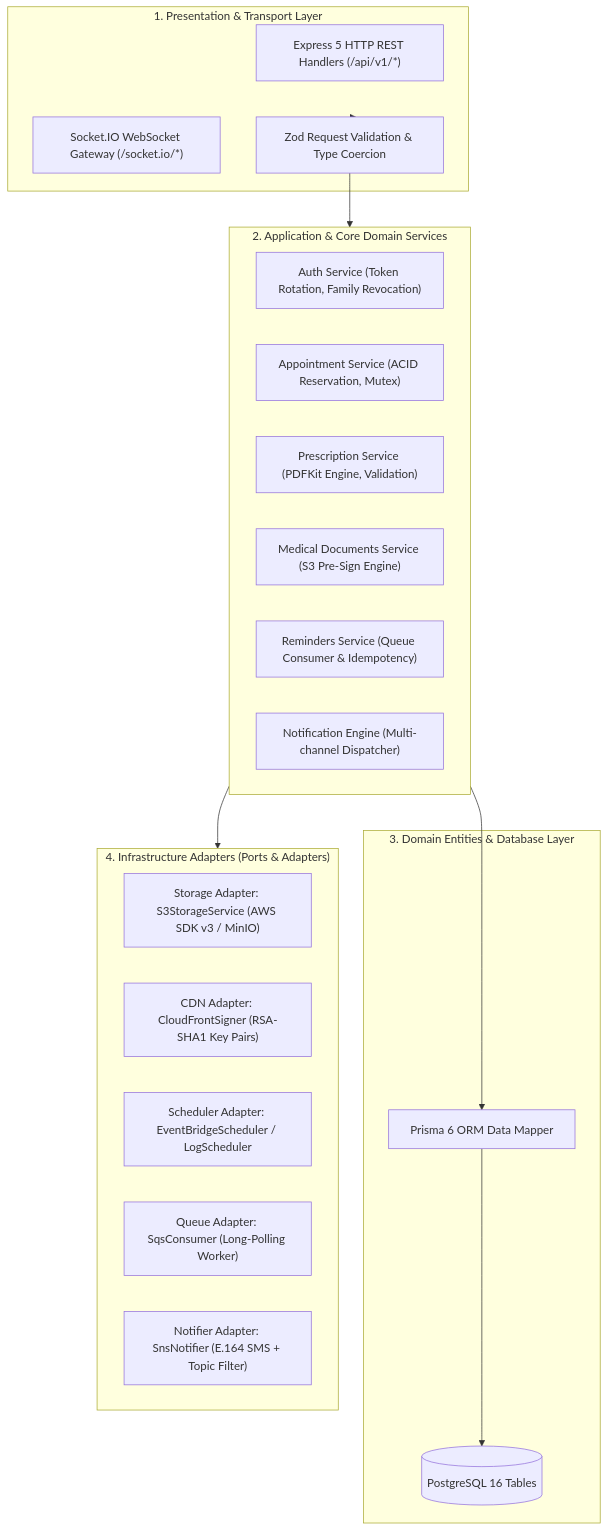
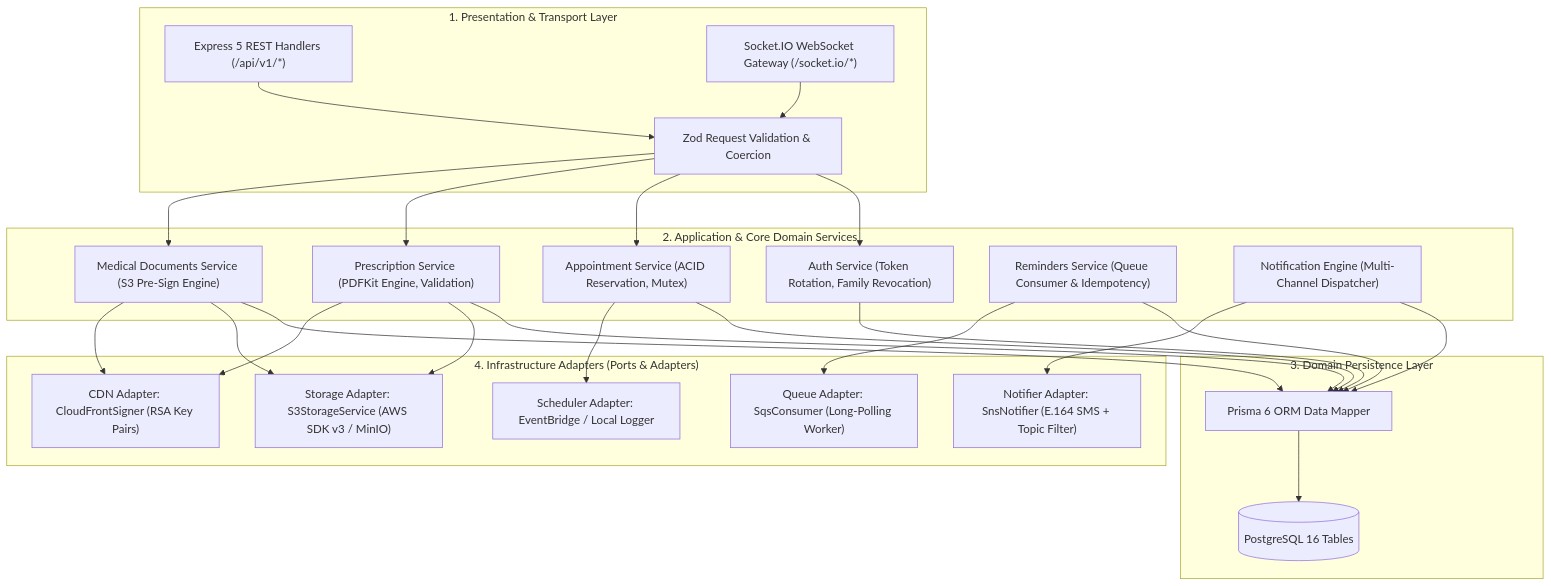
Before and after one commit to CloudProject-007/telemedicine: the second of 10 diagrams in README.md, drawn with Mermaid. The commit also changed other lines of this file, not shown here.

````diff
--- a/README.md
+++ b/README.md
@@ -139,35 +143,53 @@
 ```mermaid
 flowchart TD
     subgraph Presentation ["1. Presentation & Transport Layer"]
-        HTTP_ROUTES["Express 5 HTTP REST Handlers (/api/v1/*)"]
+        HTTP_ROUTES["Express 5 REST Handlers (/api/v1/*)"]
         WS_GATEWAY["Socket.IO WebSocket Gateway (/socket.io/*)"]
-        ZOD_SCHEMA["Zod Request Validation & Type Coercion"]
+        ZOD_VALIDATION["Zod Request Validation & Coercion"]
     end
 
     subgraph Domain_Services ["2. Application & Core Domain Services"]
         AUTH_SVC["Auth Service (Token Rotation, Family Revocation)"]
         APPT_SVC["Appointment Service (ACID Reservation, Mutex)"]
         PRES_SVC["Prescription Service (PDFKit Engine, Validation)"]
         DOC_SVC["Medical Documents Service (S3 Pre-Sign Engine)"]
         REM_SVC["Reminders Service (Queue Consumer & Idempotency)"]
-        NOTIF_SVC["Notification Engine (Multi-channel Dispatcher)"]
+        NOTIF_SVC["Notification Engine (Multi-Channel Dispatcher)"]
     end
 
-    subgraph Domain_Model ["3. Domain Entities & Database Layer"]
+    subgraph Domain_Model ["3. Domain Persistence Layer"]
         PRISMA_CLIENT["Prisma 6 ORM Data Mapper"]
         PG_MODELS[("PostgreSQL 16 Tables")]
     end
 
     subgraph Infra_Adapters ["4. Infrastructure Adapters (Ports & Adapters)"]
         S3_ADAPTER["Storage Adapter: S3StorageService (AWS SDK v3 / MinIO)"]
-        CDN_ADAPTER["CDN Adapter: CloudFrontSigner (RSA-SHA1 Key Pairs)"]
-        SCHED_ADAPTER["Scheduler Adapter: EventBridgeScheduler / LogScheduler"]
+        CDN_ADAPTER["CDN Adapter: CloudFrontSigner (RSA Key Pairs)"]
+        SCHED_ADAPTER["Scheduler Adapter: EventBridge / Local Logger"]
         QUEUE_ADAPTER["Queue Adapter: SqsConsumer (Long-Polling Worker)"]
         NOTIF_ADAPTER["Notifier Adapter: SnsNotifier (E.164 SMS + Topic Filter)"]
     end
 
-    %% Relationships
-    Presentation --> ZOD_SCHEMA --> Domain_Services
-    Domain_Services --> PRISMA_CLIENT --> PG_MODELS
-    Domain_Services --> Infra_Adapters
+    HTTP_ROUTES --> ZOD_VALIDATION
+    WS_GATEWAY --> ZOD_VALIDATION
+    ZOD_VALIDATION --> AUTH_SVC
+    ZOD_VALIDATION --> APPT_SVC
+    ZOD_VALIDATION --> PRES_SVC
+    ZOD_VALIDATION --> DOC_SVC
+
+    AUTH_SVC --> PRISMA_CLIENT
+    APPT_SVC --> PRISMA_CLIENT
+    PRES_SVC --> PRISMA_CLIENT
+    DOC_SVC --> PRISMA_CLIENT
+    REM_SVC --> PRISMA_CLIENT
+    NOTIF_SVC --> PRISMA_CLIENT
+    PRISMA_CLIENT --> PG_MODELS
+
+    PRES_SVC --> S3_ADAPTER
+    DOC_SVC --> S3_ADAPTER
+    DOC_SVC --> CDN_ADAPTER
+    PRES_SVC --> CDN_ADAPTER
+    APPT_SVC --> SCHED_ADAPTER
+    REM_SVC --> QUEUE_ADAPTER
+    NOTIF_SVC --> NOTIF_ADAPTER
 ```
````
